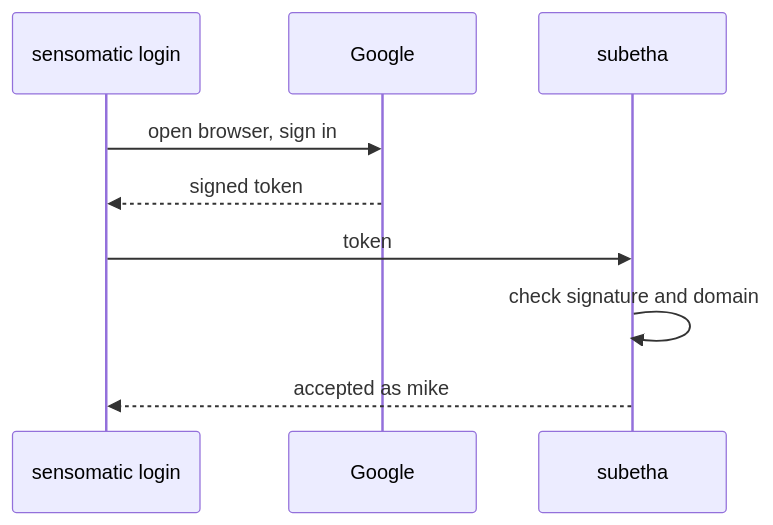
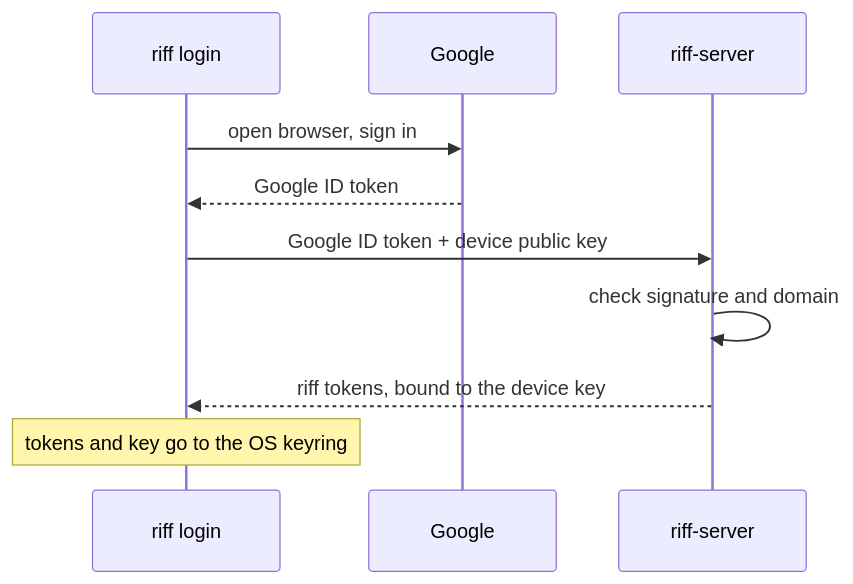
Before and after one commit to como-technologies/riff: the second of 4 diagrams in docs/src/how-it-works.md, drawn with Mermaid. The commit also changed other lines of this file and 15 other files, not shown here.

First line of the commit message:
Rename to riff; add the token requirements

````diff
--- a/docs/src/how-it-works.md
+++ b/docs/src/how-it-works.md
@@ -27,11 +27,12 @@
 ```mermaid
 sequenceDiagram
-    participant C as sensomatic login
+    participant C as riff login
     participant G as Google
-    participant E as subetha
+    participant E as riff-server
     C->>G: open browser, sign in
-    G-->>C: signed token
-    C->>E: token
+    G-->>C: Google ID token
+    C->>E: Google ID token + device public key
     E->>E: check signature and domain
-    E-->>C: accepted as mike
+    E-->>C: riff tokens, bound to the device key
+    Note over C: tokens and key go to the OS keyring
 ```
````
